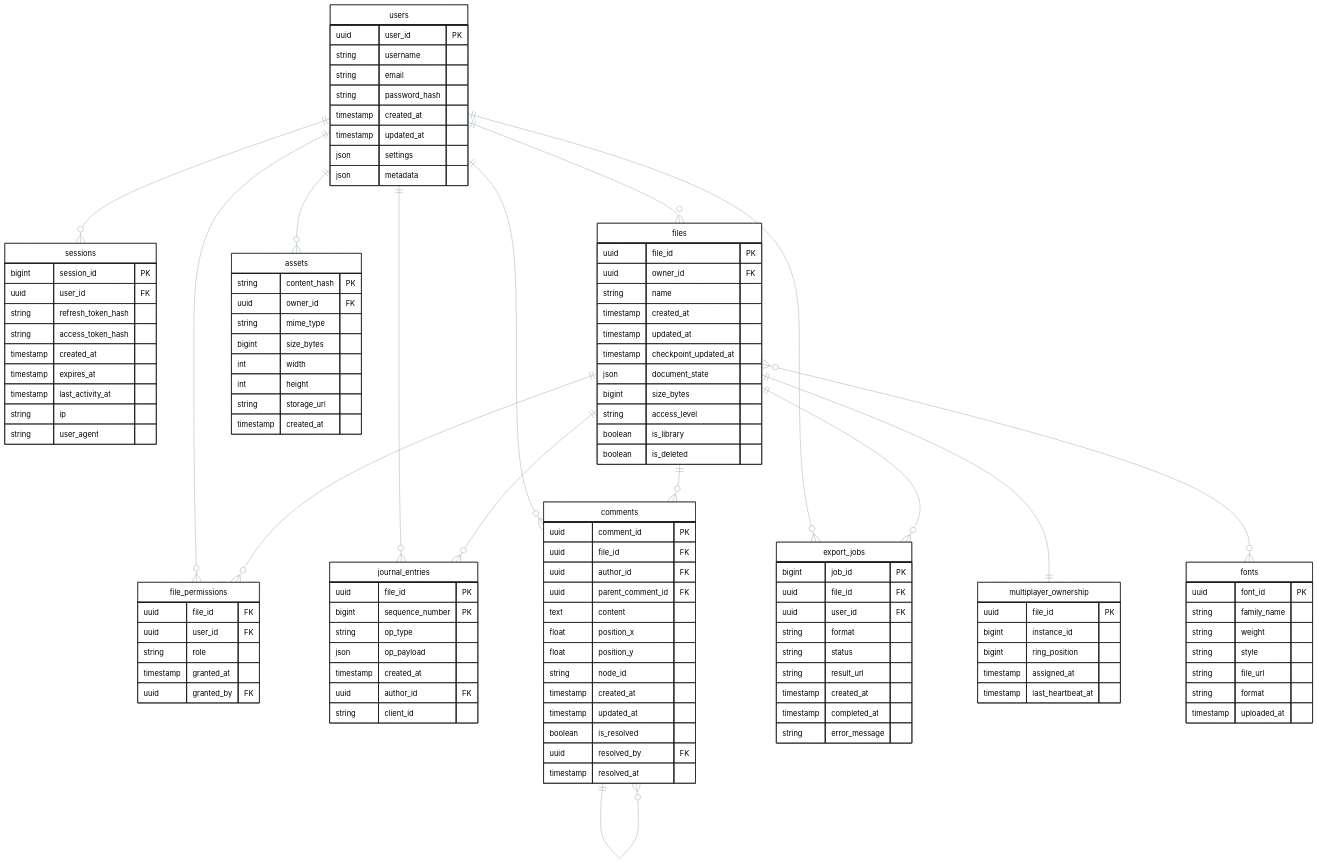
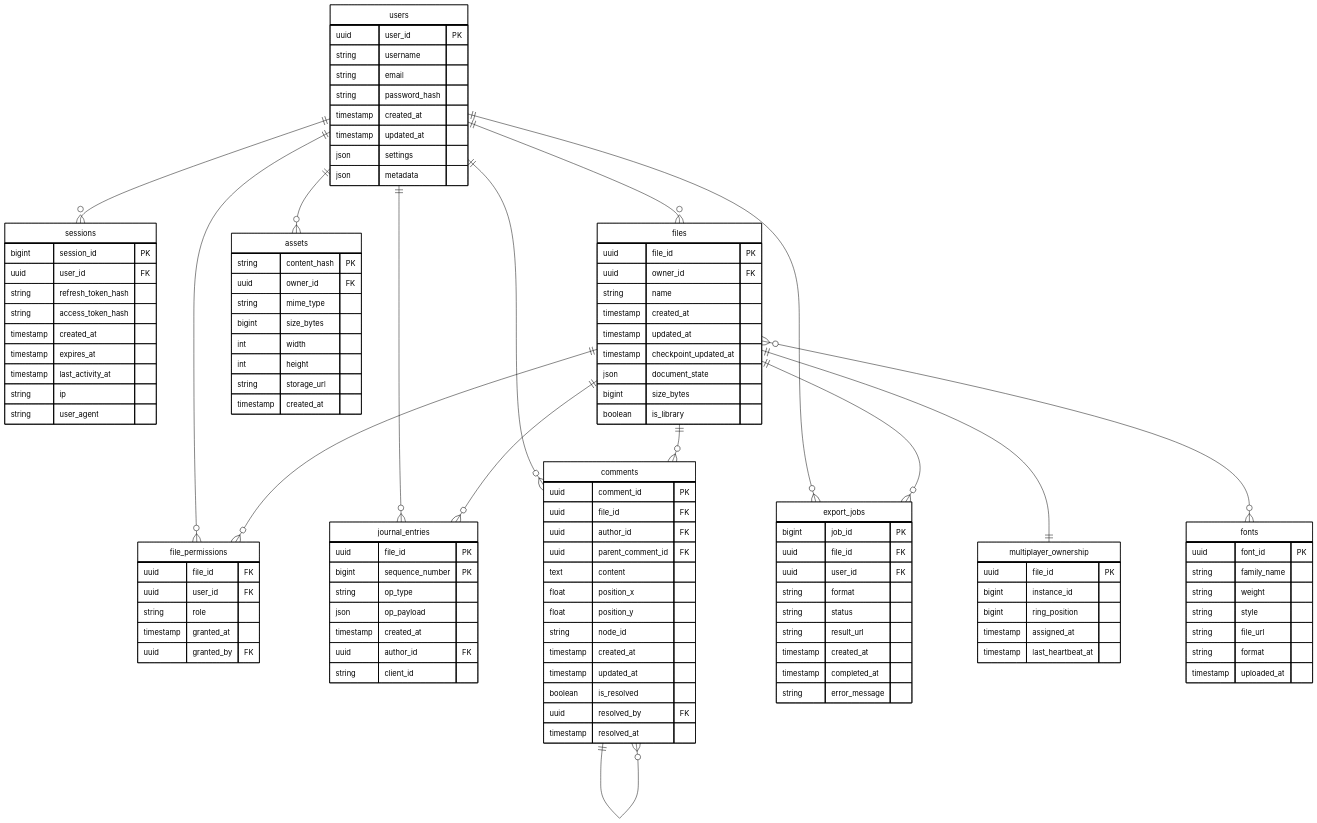
Before and after one commit to Mr-None-rM/VK-Education-Highload: the diagram in README.md, drawn with Mermaid. The commit also changed other lines of this file, not shown here.

Commit message:
Small fix

```diff
--- a/README.md
+++ b/README.md
@@ -368,8 +368,8 @@
 %%{init: {'theme':'base', 'themeVariables': {
   'primaryColor': '#ffffff',
   'primaryTextColor': '#000000',
-  'primaryBorderColor': '#1e1e1f',
-  'lineColor': '#99adb8',
+  'primaryBorderColor': '#000000',
+  'lineColor': '#000000',
   'tertiaryColor': '#ffffff'
 }}}%%
 erDiagram
@@ -422,9 +422,7 @@
         timestamp checkpoint_updated_at
         json document_state
         bigint size_bytes
-        string access_level
         boolean is_library
-        boolean is_deleted
     }
 
     file_permissions {
```
